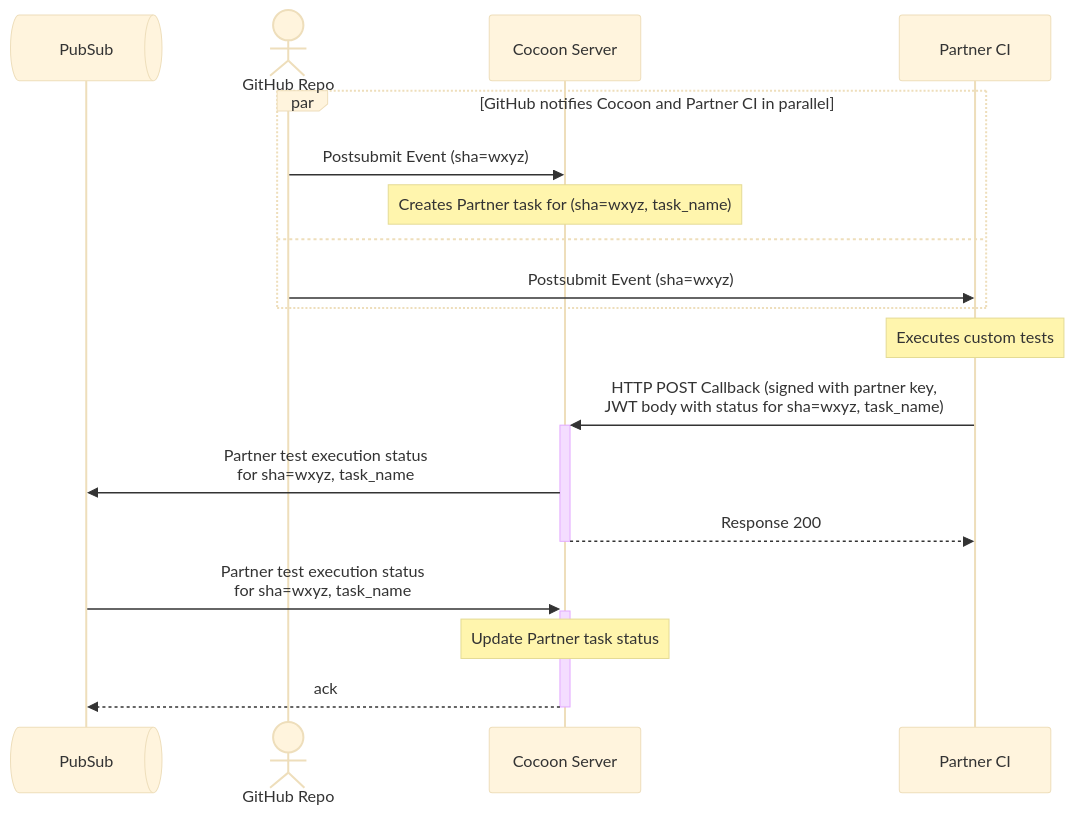
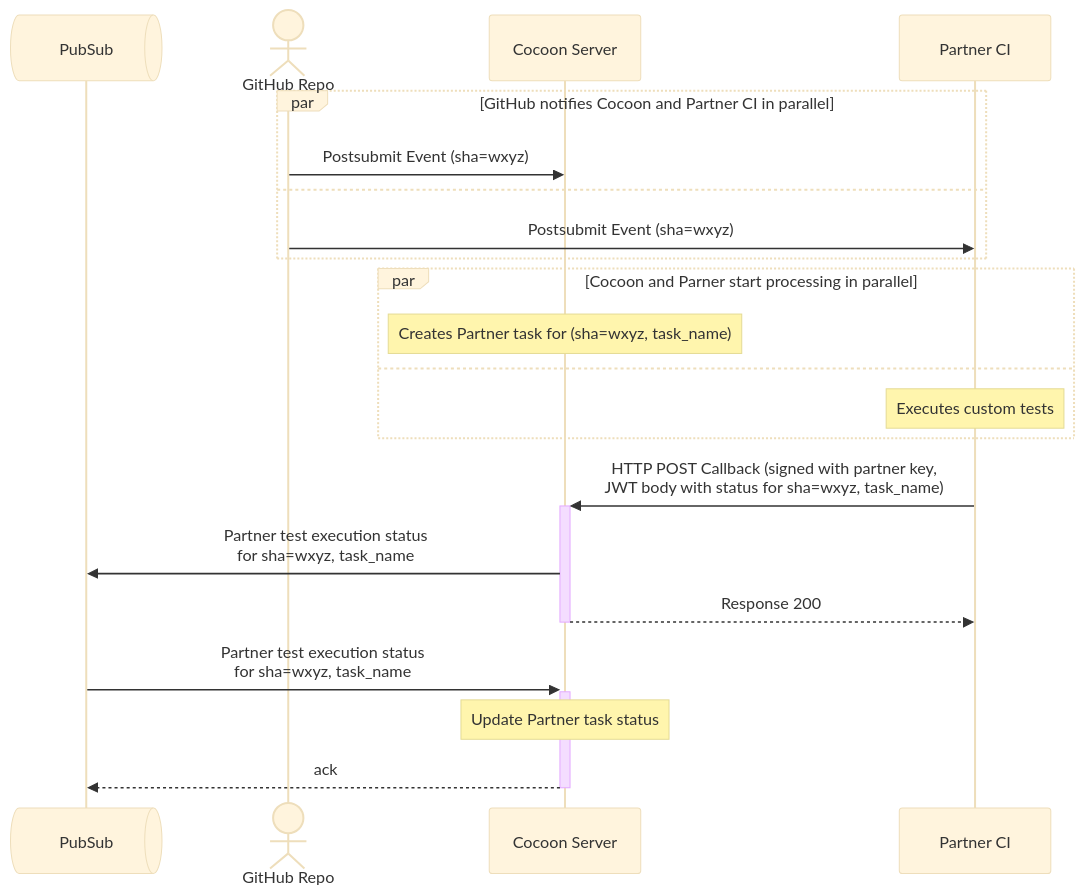
Before and after one commit to flutter/rfc: the tenth of 10 diagrams in rfc/610.0000-flutter-pluggable-ci.md, drawn with Mermaid (base theme).

Commit message:
diagram update

````diff
--- a/rfc/610.0000-flutter-pluggable-ci.md
+++ b/rfc/610.0000-flutter-pluggable-ci.md
@@ -586,23 +586,25 @@
 ```mermaid
 sequenceDiagram
     participant PubSub@{"type":"queue"}
     actor GitHub as GitHub Repo
     participant Cocoon as Cocoon Server
     participant Partner as Partner CI
     destroy GitHub
 
     par GitHub notifies Cocoon and Partner CI in parallel
         GitHub->>Cocoon: Postsubmit Event (sha=wxyz)
-        Note over Cocoon: Creates Partner task for (sha=wxyz, task_name)
     and
         GitHub->>Partner: Postsubmit Event (sha=wxyz)
     end
-
-    Note over Partner: Executes custom tests
+    par Cocoon and Parner start processing in parallel
+        Note over Cocoon: Creates Partner task for (sha=wxyz, task_name)
+    and
+        Note over Partner: Executes custom tests
+    end
     Partner->>+Cocoon: HTTP POST Callback (signed with partner key,<br/>JWT body with status for sha=wxyz, task_name)
     Cocoon->>PubSub: Partner test execution status<br/>for sha=wxyz, task_name
     Cocoon-->>-Partner: Response 200
     PubSub->>+Cocoon: Partner test execution status<br/>for sha=wxyz, task_name
     Note over Cocoon: Update Partner task status
     Cocoon-->>-PubSub: ack
 ```
````
